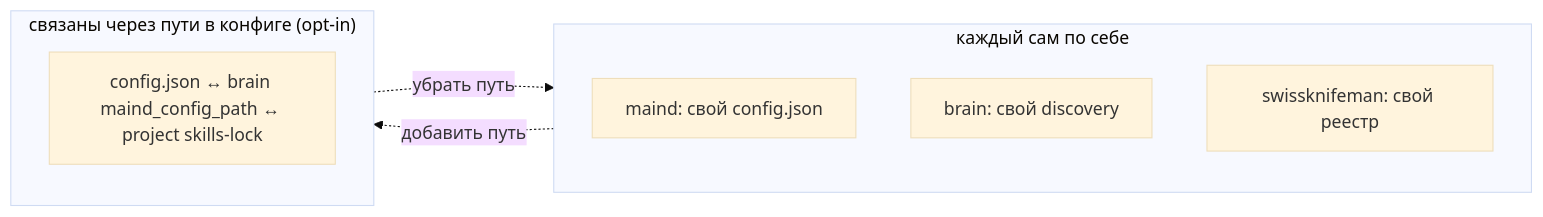
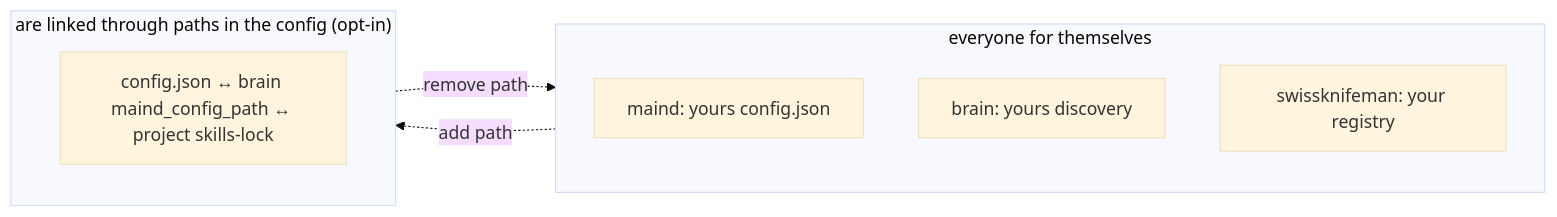
One commit to academici/swissknifeman changed the second of 6 diagrams in packages/maind/docs/ecosystem.md. Above: the diagram before and after it, drawn with Mermaid (base theme). The commit also changed other lines of this file and 1553 other files, not shown here.

````diff
--- a/packages/maind/docs/ecosystem.md
+++ b/packages/maind/docs/ecosystem.md
@@ -50,13 +50,13 @@
 ```mermaid
 flowchart LR
-  subgraph alone["каждый сам по себе"]
-    A1["maind: свой config.json"]
-    A2["brain: свой discovery"]
-    A3["swissknifeman: свой реестр"]
+  subgraph alone["everyone for themselves"]
+    A1["maind: yours config.json"]
+    A2["brain: yours discovery"]
+    A3["swissknifeman: your registry"]
   end
-  subgraph together["связаны через пути в конфиге (opt-in)"]
+  subgraph together["are linked through paths in the config (opt-in)"]
     T["config.json ↔ brain maind_config_path ↔ project skills-lock"]
   end
-  alone -. "добавить путь" .-> together
-  together -. "убрать путь" .-> alone
+  alone -. "add path" .-> together
+  together -. "remove path" .-> alone
 ```
````
